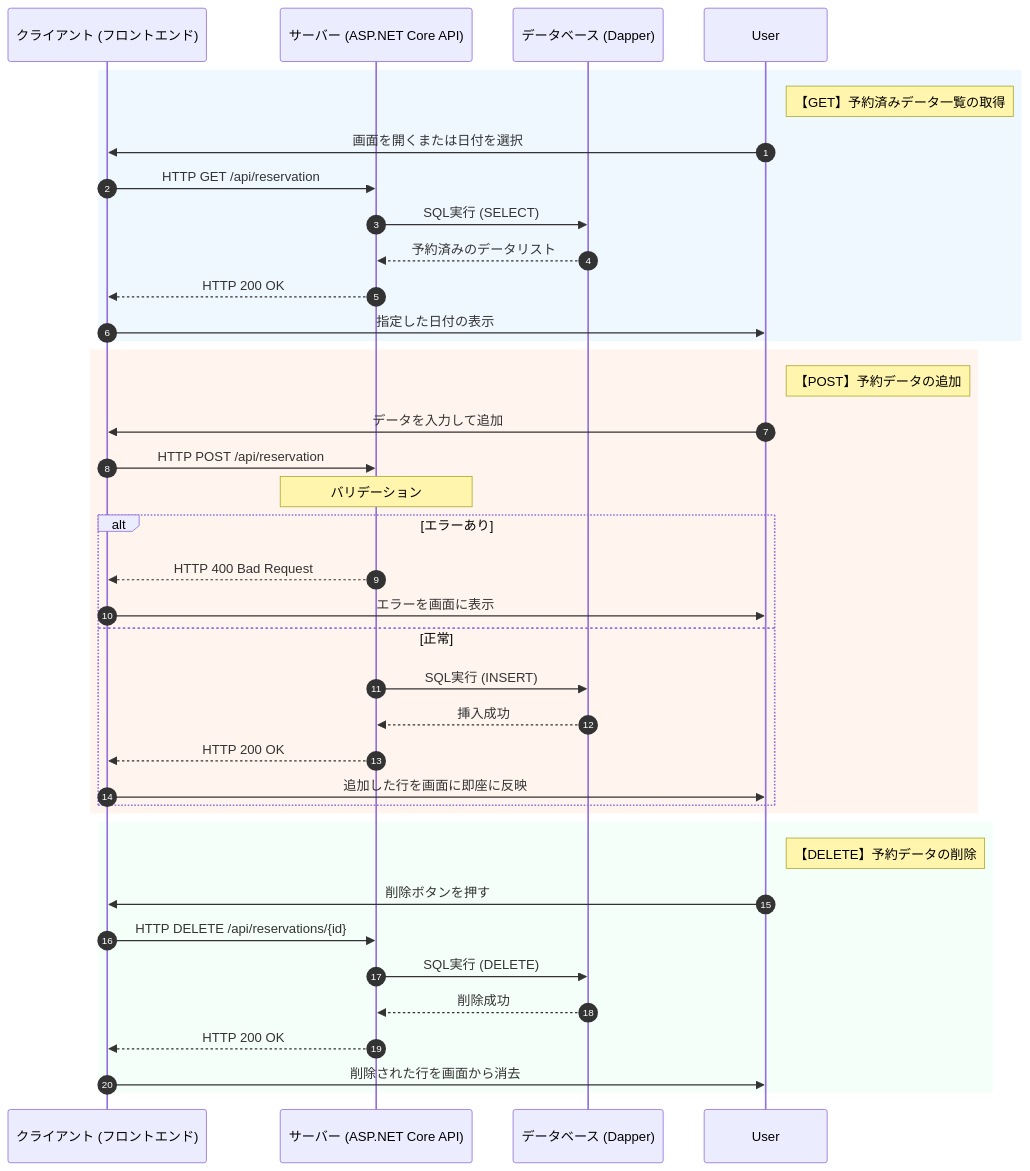
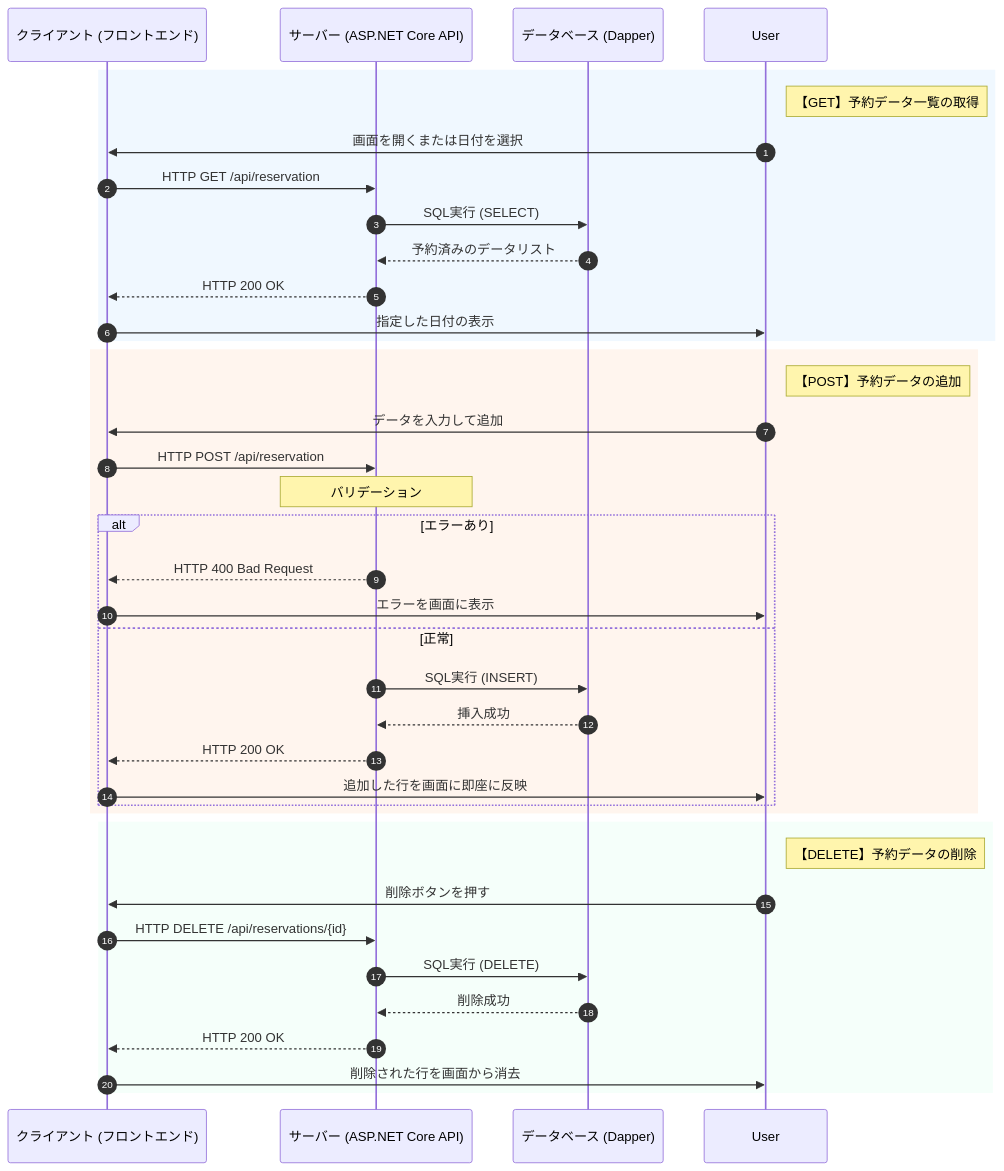
The diagram in README.md (hosotanik/Term2Team4), drawn with Mermaid before and after one commit.

````diff
--- a/README.md
+++ b/README.md
@@ -17,43 +17,43 @@
 ```mermaid
 sequenceDiagram
     autonumber
     participant Client as クライアント (フロントエンド)
     participant Server as サーバー (ASP.NET Core API)
     participant DB as データベース (Dapper)
 
     rect rgb(240, 248, 255)
-        note right of User: 【GET】予約済みデータ一覧の取得
+        note right of User: 【GET】予約データ一覧の取得
         User->>Client: 画面を開くまたは日付を選択
         Client->>Server: HTTP GET /api/reservation
         Server->>DB: SQL実行 (SELECT)
         DB-->>Server: 予約済みのデータリスト
         Server-->>Client: HTTP 200 OK
         Client->>User: 指定した日付の表示
     end
 
     rect rgb(255, 245, 238)
         note right of User: 【POST】予約データの追加
         User->>Client: データを入力して追加
         Client->>Server: HTTP POST /api/reservation
         note over Server: バリデーション
         alt エラーあり
             Server-->>Client: HTTP 400 Bad Request
             Client->>User: エラーを画面に表示
         else 正常
             Server->>DB: SQL実行 (INSERT)
             DB-->>Server: 挿入成功
             Server-->>Client: HTTP 200 OK
             Client->>User: 追加した行を画面に即座に反映
         end
     end
 
     rect rgb(245, 255, 250)
         note right of User: 【DELETE】予約データの削除
         User->>Client: 削除ボタンを押す
         Client->>Server: HTTP DELETE /api/reservations/{id}
         Server->>DB: SQL実行 (DELETE)
         DB-->>Server: 削除成功
         Server-->>Client: HTTP 200 OK
         Client->>User: 削除された行を画面から消去
     end
 ```
````
